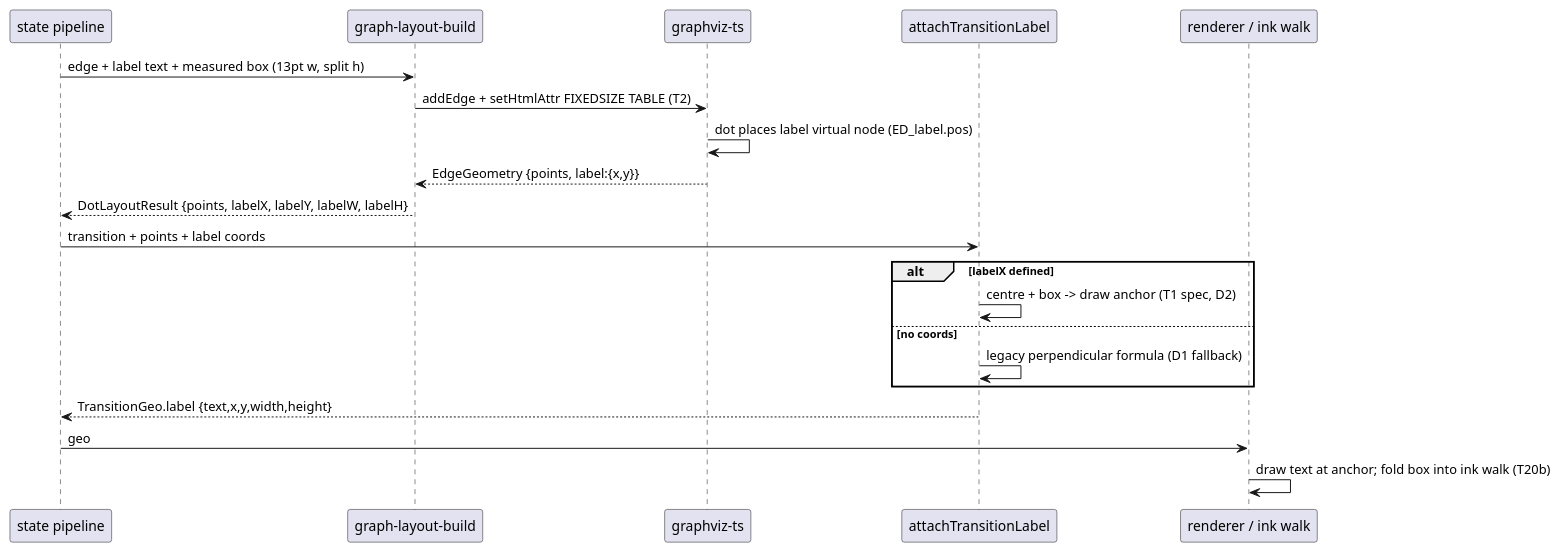
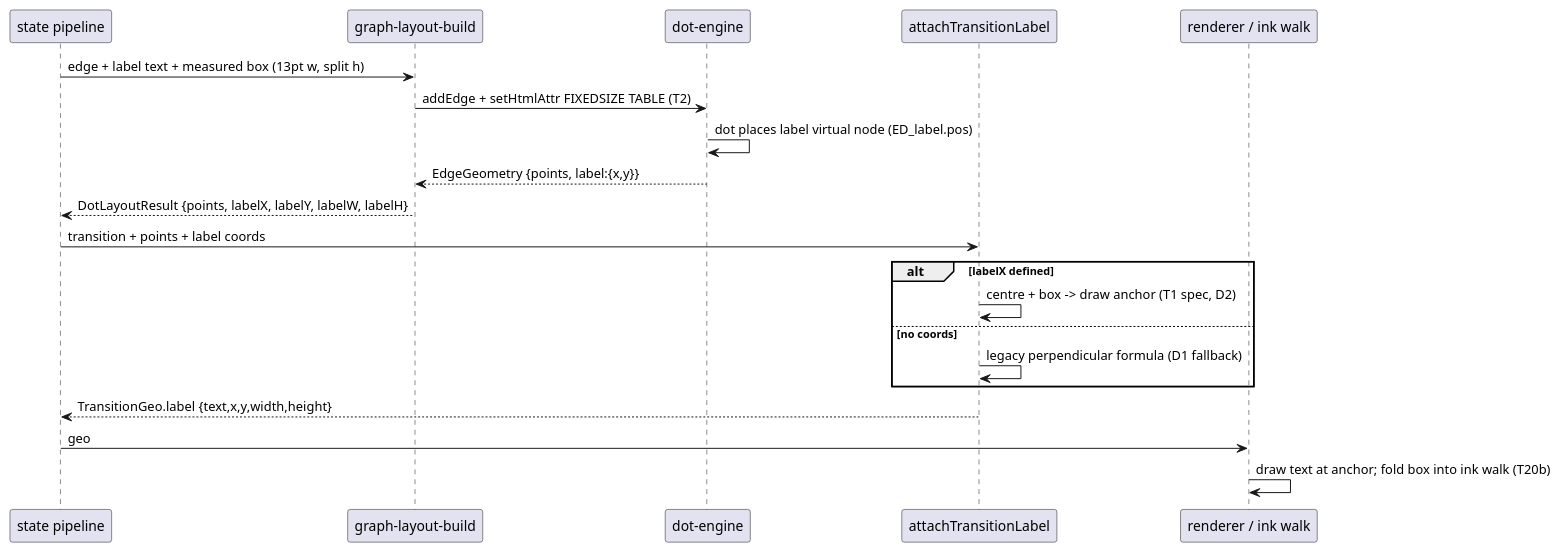
The diagram in plans/g8-label-placement/diagrams/data-flow.md (knowvah/plantuml-ts), drawn with PlantUML before and after one commit. The commit also changed 111 other files, not shown here.

First line of the commit message:
docs: call the layout engine dot-engine throughout

````diff
--- a/plans/g8-label-placement/diagrams/data-flow.md
+++ b/plans/g8-label-placement/diagrams/data-flow.md
@@ -3,23 +3,23 @@
 ```plantuml
 @startuml
 participant "state pipeline" as P
 participant "graph-layout-build" as B
-participant "graphviz-ts" as G
+participant "dot-engine" as G
 participant "attachTransitionLabel" as A
 participant "renderer / ink walk" as R
 P -> B : edge + label text + measured box (13pt w, split h)
 B -> G : addEdge + setHtmlAttr FIXEDSIZE TABLE (T2)
 G -> G : dot places label virtual node (ED_label.pos)
 G --> B : EdgeGeometry {points, label:{x,y}}
 B --> P : DotLayoutResult {points, labelX, labelY, labelW, labelH}
 P -> A : transition + points + label coords
 alt labelX defined
   A -> A : centre + box -> draw anchor (T1 spec, D2)
 else no coords
   A -> A : legacy perpendicular formula (D1 fallback)
 end
 A --> P : TransitionGeo.label {text,x,y,width,height}
 P -> R : geo
 R -> R : draw text at anchor; fold box into ink walk (T20b)
 @enduml
 ```
````
